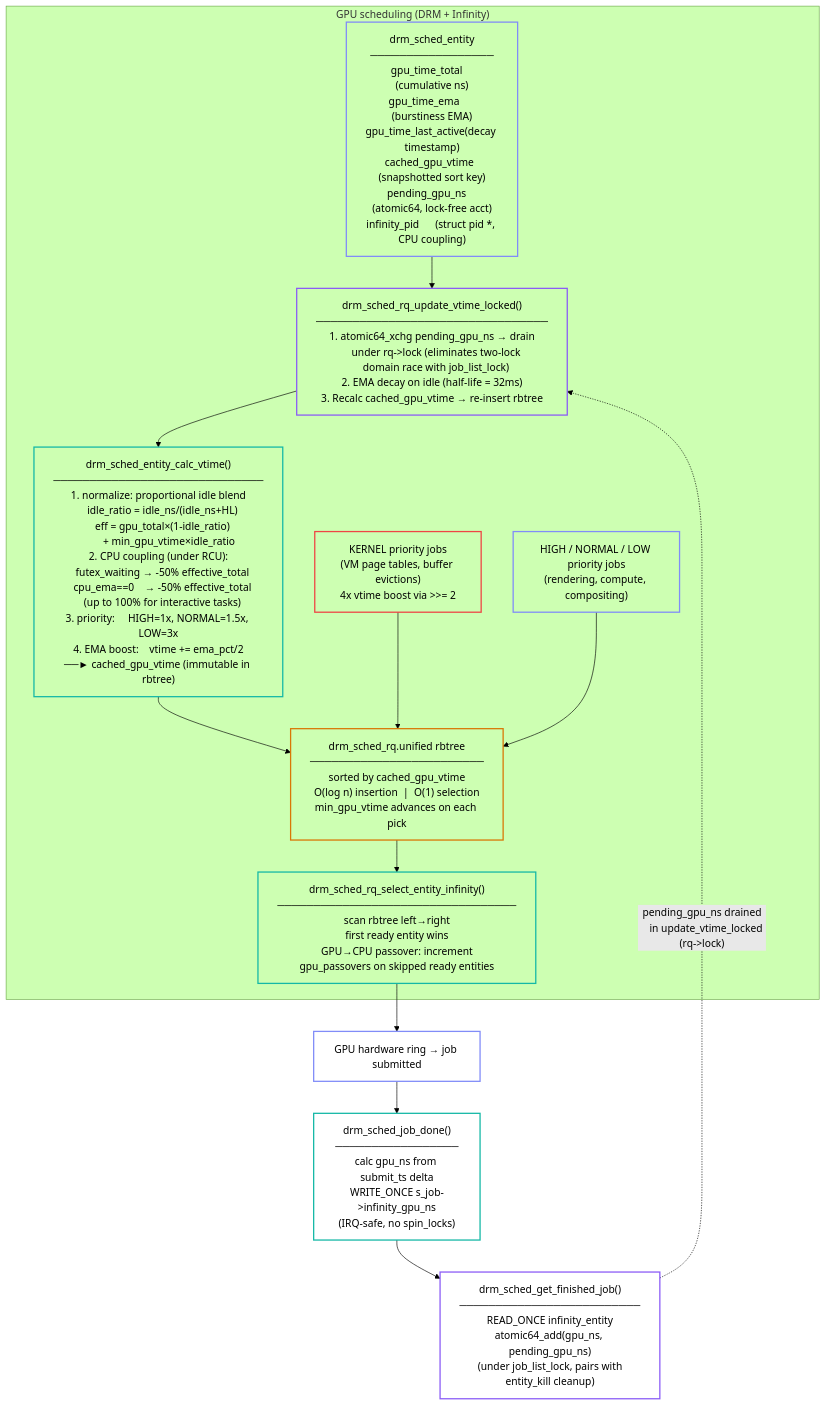
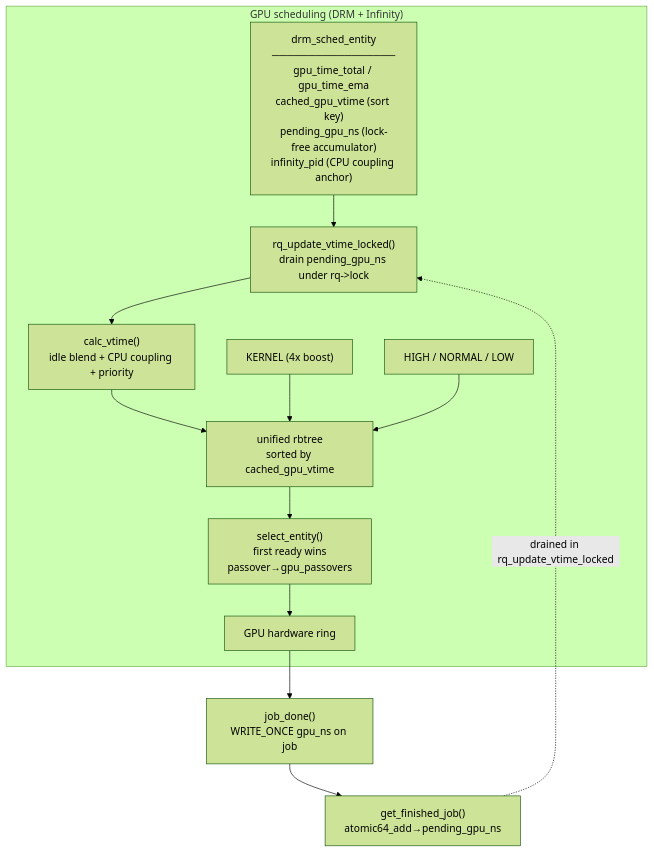
Before and after one commit to galpt/infinity-scheduler: the second of 2 diagrams in README.md, drawn with Mermaid (forest theme). The commit also changed other lines of this file, not shown here.

Commit message:
README: trim verbosity, concise public-facing style
GPU scheduling section condensed to one paragraph.  Mermaid diagram
simplified from detailed implementation to high-level data flow.
Feature table consolidated.  Stats description trimmed.

````diff
--- a/README.md
+++ b/README.md
@@ -182,91 +154,40 @@
     classDef ent fill:#0000,stroke:#818cf8,stroke-width:2
     classDef algo fill:#0000,stroke:#14b8a6,stroke-width:2
     classDef dec fill:#0000,stroke:#d97706,stroke-width:2
-    classDef sig fill:#0000,stroke:#ef4444,stroke-width:2
-    classDef lock fill:#0000,stroke:#8b5cf6,stroke-width:2
 
     subgraph GPU["GPU scheduling (DRM + Infinity)"]
         ENTITY["drm_sched_entity
 ─────────────────
-gpu_time_total    (cumulative ns)
-gpu_time_ema      (burstiness EMA)
-gpu_time_last_active(decay timestamp)
-cached_gpu_vtime  (snapshotted sort key)
-pending_gpu_ns    (atomic64, lock-free acct)
-infinity_pid      (struct pid *, CPU coupling)"]
-        class ENTITY ent
+gpu_time_total / gpu_time_ema
+cached_gpu_vtime (sort key)
+pending_gpu_ns (lock-free accumulator)
+infinity_pid (CPU coupling anchor)"]
 
-        ENTITY --> DRAIN["drm_sched_rq_update_vtime_locked()
-────────────────────────────────
-1. atomic64_xchg pending_gpu_ns → drain
-   under rq->lock (eliminates two-lock
-   domain race with job_list_lock)
-2. EMA decay on idle (half-life = 32ms)
-3. Recalc cached_gpu_vtime → re-insert rbtree"]
-        class DRAIN lock
+        ENTITY --> DRAIN["rq_update_vtime_locked()
+drain pending_gpu_ns under rq->lock"]
+        DRAIN --> VTIME["calc_vtime()
+idle blend + CPU coupling + priority"]
 
-        DRAIN --> VTIME["drm_sched_entity_calc_vtime()
-─────────────────────────────
-1. normalize: proportional idle blend
-   idle_ratio = idle_ns/(idle_ns+HL)
-   eff = gpu_total×(1-idle_ratio)
-        + min_gpu_vtime×idle_ratio
-2. CPU coupling (under RCU):
-   futex_waiting → -50% effective_total
-   cpu_ema==0    → -50% effective_total
-   (up to 100% for interactive tasks)
-3. priority:     HIGH=1x, NORMAL=1.5x, LOW=3x
-4. EMA boost:    vtime += ema_pct/2
-──► cached_gpu_vtime (immutable in rbtree)"]
-        class VTIME algo
+        VTIME --> QUEUE["unified rbtree
+sorted by cached_gpu_vtime"]
 
-        VTIME --> QUEUE["drm_sched_rq.unified rbtree
-────────────────────────
-sorted by cached_gpu_vtime
-O(log n) insertion  |  O(1) selection
-min_gpu_vtime advances on each pick"]
-        class QUEUE dec
-
-        KERNEL["KERNEL priority jobs
-(VM page tables, buffer evictions)
-4x vtime boost via >>= 2"]
-        USER["HIGH / NORMAL / LOW priority jobs
-(rendering, compute, compositing)"]
-        class KERNEL sig
-        class USER ent
+        KERNEL["KERNEL (4x boost)"]
+        USER["HIGH / NORMAL / LOW"]
 
         KERNEL --> QUEUE
         USER --> QUEUE
+        QUEUE --> SELECT["select_entity()
+first ready wins
+passover→gpu_passovers"]
 
-        SELECT["drm_sched_rq_select_entity_infinity()
-─────────────────────────────────
-scan rbtree left→right
-first ready entity wins
-GPU→CPU passover: increment
-gpu_passovers on skipped ready entities"]
-        class SELECT algo
-
-        QUEUE --> SELECT
+        SELECT --> HW["GPU hardware ring"]
     end
 
-    SELECT --> HW["GPU hardware ring → job submitted"]
-    class HW ent
+    HW --> DONE["job_done()
+WRITE_ONCE gpu_ns on job"]
 
-    HW --> DONE["drm_sched_job_done()
-─────────────────
-calc gpu_ns from submit_ts delta
-WRITE_ONCE s_job->infinity_gpu_ns
-(IRQ-safe, no spin_locks)"]
-    class DONE algo
+    DONE --> FINI["get_finished_job()
+atomic64_add→pending_gpu_ns"]
 
-    DONE --> FINI["drm_sched_get_finished_job()
-─────────────────────────
-READ_ONCE infinity_entity
-atomic64_add(gpu_ns, pending_gpu_ns)
-(under job_list_lock, pairs with
-entity_kill cleanup)"]
-    class FINI lock
-
-    FINI -. "pending_gpu_ns drained
-    in update_vtime_locked (rq->lock)" .-> DRAIN
+    FINI -. "drained in rq_update_vtime_locked" .-> DRAIN
 ```
````
